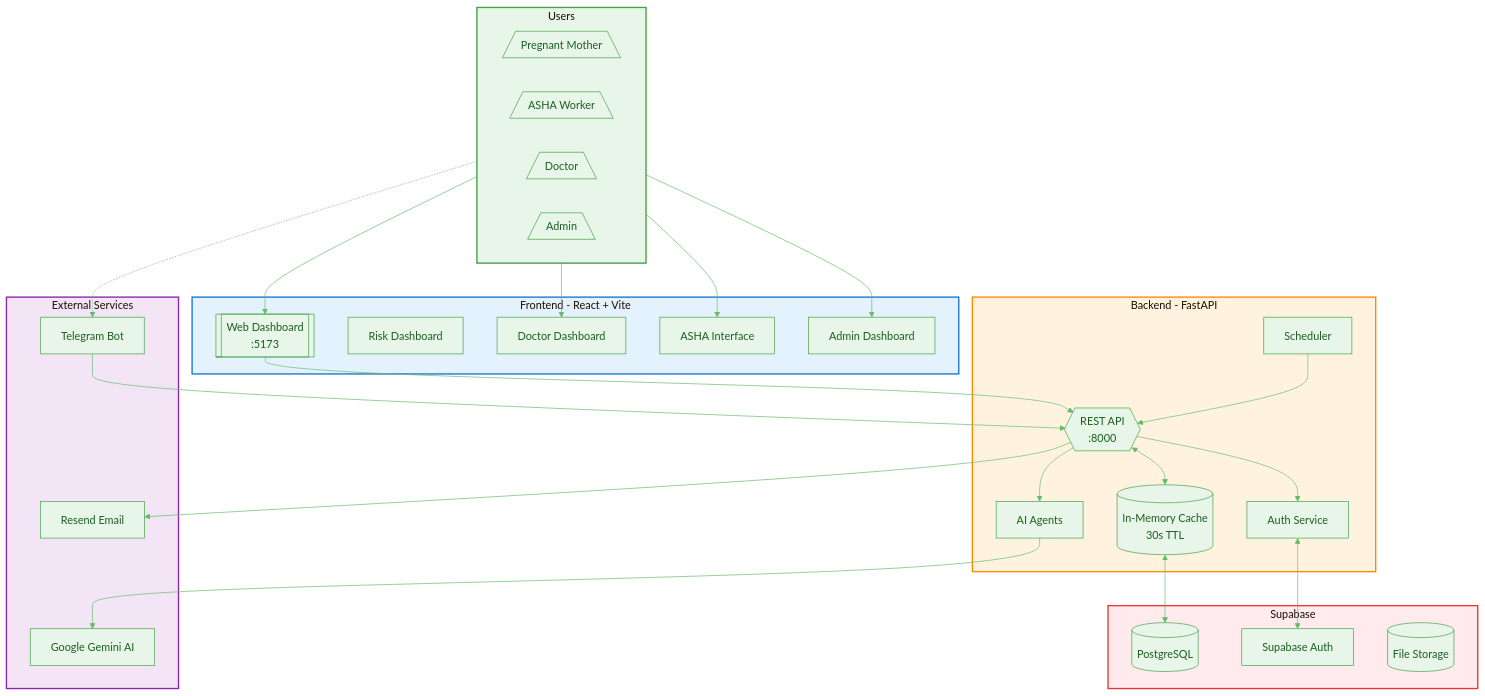
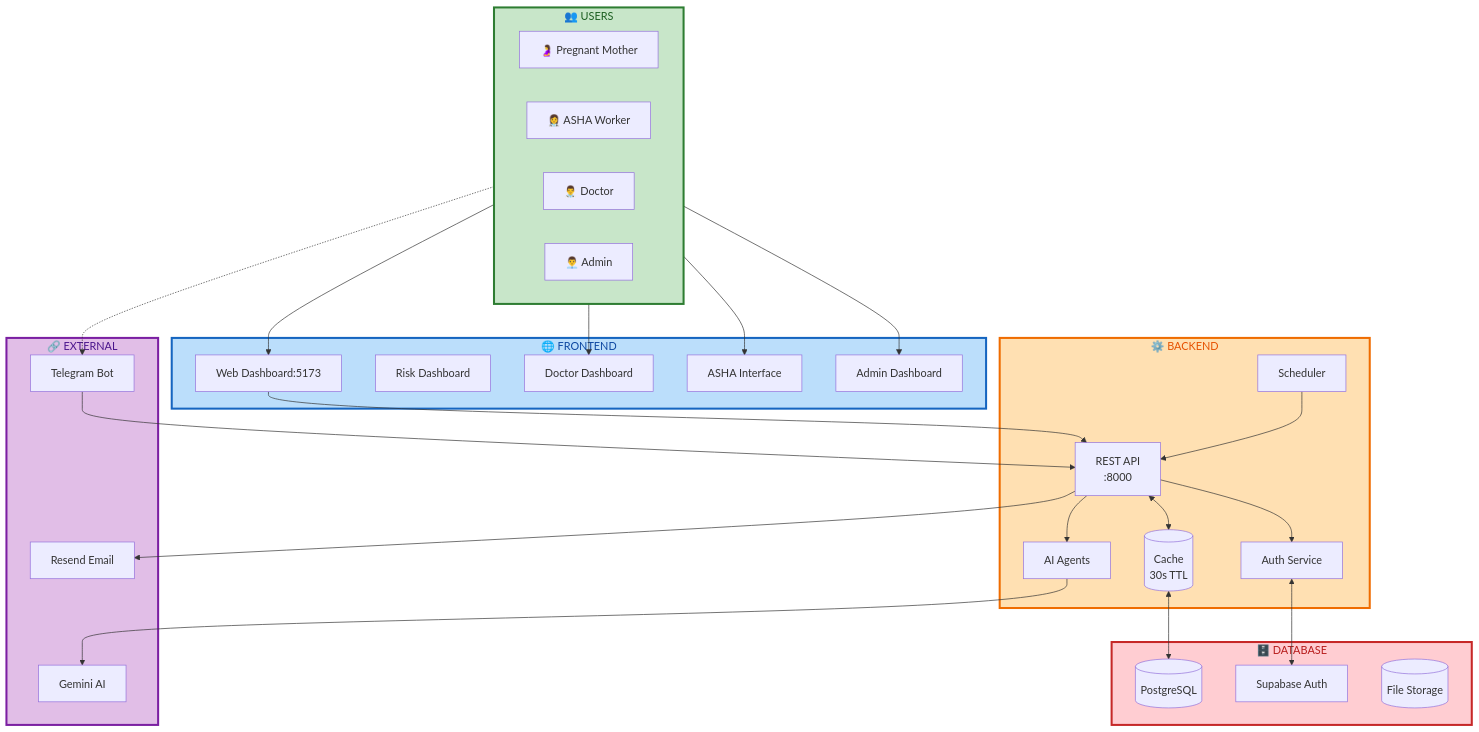
One commit to AIUtsavBot/MatruRaksha_AI_Event changed the first of 8 diagrams in README.md. Above: the diagram before and after it, drawn with Mermaid. The commit also changed other lines of this file, not shown here.

````diff
--- a/README.md
+++ b/README.md
@@ -116,62 +116,61 @@
 ```mermaid
-%%{init: {'theme': 'base', 'themeVariables': { 'primaryColor': '#E8F5E9', 'primaryTextColor': '#1B5E20', 'primaryBorderColor': '#43A047', 'lineColor': '#66BB6A', 'secondaryColor': '#FFF3E0', 'tertiaryColor': '#E3F2FD'}}}%%
 flowchart TB
-    subgraph USERS[" Users "]
+    subgraph USERS[" 👥 USERS "]
         direction LR
-        Mother[/"Pregnant Mother"\]
-        ASHA[/"ASHA Worker"\]
-        Doctor[/"Doctor"\]
-        Admin[/"Admin"\]
+        Mother["🤰 Pregnant Mother"]
+        ASHA["👩‍⚕️ ASHA Worker"]
+        Doctor["👨‍⚕️ Doctor"]
+        Admin["👨‍💼 Admin"]
     end
 
-    subgraph FRONTEND[" Frontend - React + Vite "]
-        WebApp[["Web Dashboard\n:5173"]]
+    subgraph FRONTEND[" 🌐 FRONTEND "]
+        WebApp["Web Dashboard:5173"]
         RiskDash["Risk Dashboard"]
         DoctorDash["Doctor Dashboard"]
         ASHAPanel["ASHA Interface"]
         AdminDash["Admin Dashboard"]
     end
 
-    subgraph BACKEND[" Backend - FastAPI "]
-        API{{"REST API\n:8000"}}
+    subgraph BACKEND[" ⚙️ BACKEND "]
+        API["REST API\n:8000"]
         AuthSvc["Auth Service"]
-        CacheSvc[("In-Memory Cache\n30s TTL")]
+        CacheSvc[("Cache\n30s TTL")]
         AgentsSvc["AI Agents"]
         Scheduler["Scheduler"]
     end
 
-    subgraph EXTERNAL[" External Services "]
+    subgraph EXTERNAL[" 🔗 EXTERNAL "]
         TG["Telegram Bot"]
-        Gemini["Google Gemini AI"]
+        Gemini["Gemini AI"]
         Email["Resend Email"]
     end
 
-    subgraph DATABASE[" Supabase "]
+    subgraph DATABASE[" 🗄️ DATABASE "]
         PG[("PostgreSQL")]
         SupaAuth["Supabase Auth"]
         Storage[("File Storage")]
     end
 
     Mother -.-> TG
     Mother --> WebApp
     ASHA --> ASHAPanel
     Doctor --> DoctorDash
     Admin --> AdminDash
 
     WebApp --> API
     TG --> API
     API <--> CacheSvc
     CacheSvc <--> PG
     API --> AuthSvc
     AuthSvc <--> SupaAuth
     API --> AgentsSvc
     AgentsSvc --> Gemini
     API --> Email
     Scheduler --> API
 
-    style USERS fill:#E8F5E9,stroke:#43A047,stroke-width:2px
-    style FRONTEND fill:#E3F2FD,stroke:#1976D2,stroke-width:2px
-    style BACKEND fill:#FFF3E0,stroke:#FB8C00,stroke-width:2px
-    style EXTERNAL fill:#F3E5F5,stroke:#8E24AA,stroke-width:2px
-    style DATABASE fill:#FFEBEE,stroke:#E53935,stroke-width:2px
+    style USERS fill:#c8e6c9,stroke:#2e7d32,stroke-width:3px,color:#1b5e20
+    style FRONTEND fill:#bbdefb,stroke:#1565c0,stroke-width:3px,color:#0d47a1
+    style BACKEND fill:#ffe0b2,stroke:#ef6c00,stroke-width:3px,color:#e65100
+    style EXTERNAL fill:#e1bee7,stroke:#7b1fa2,stroke-width:3px,color:#4a148c
+    style DATABASE fill:#ffcdd2,stroke:#c62828,stroke-width:3px,color:#b71c1c
 ```
````
